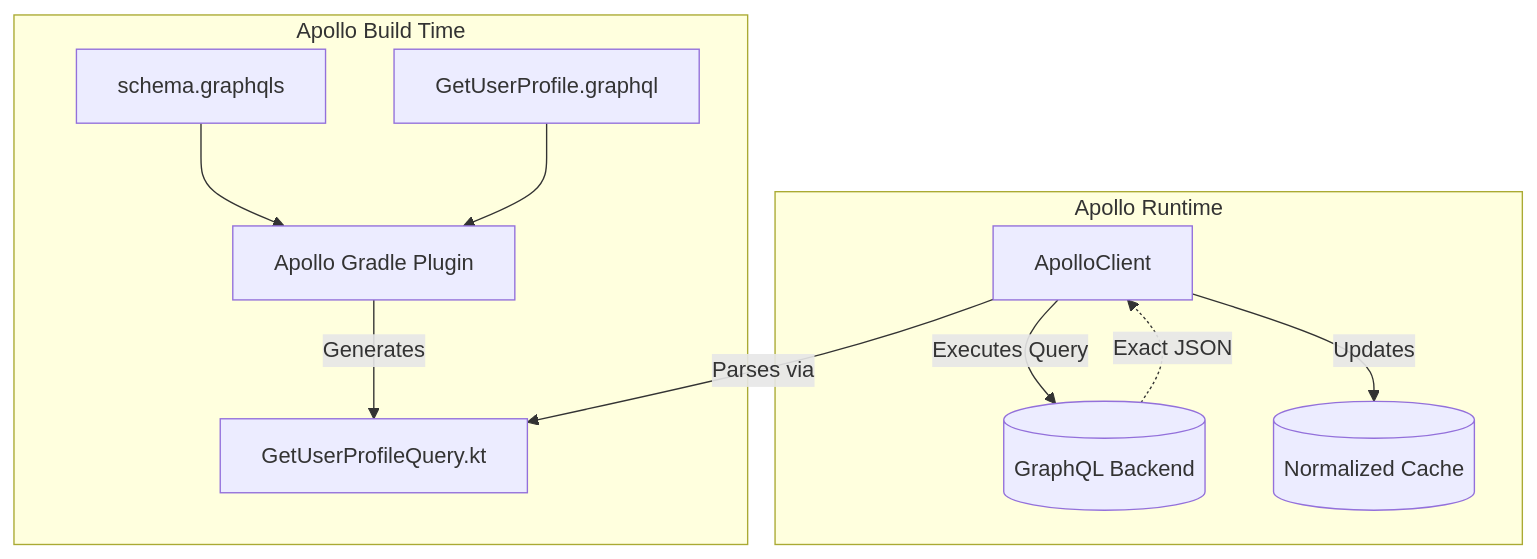
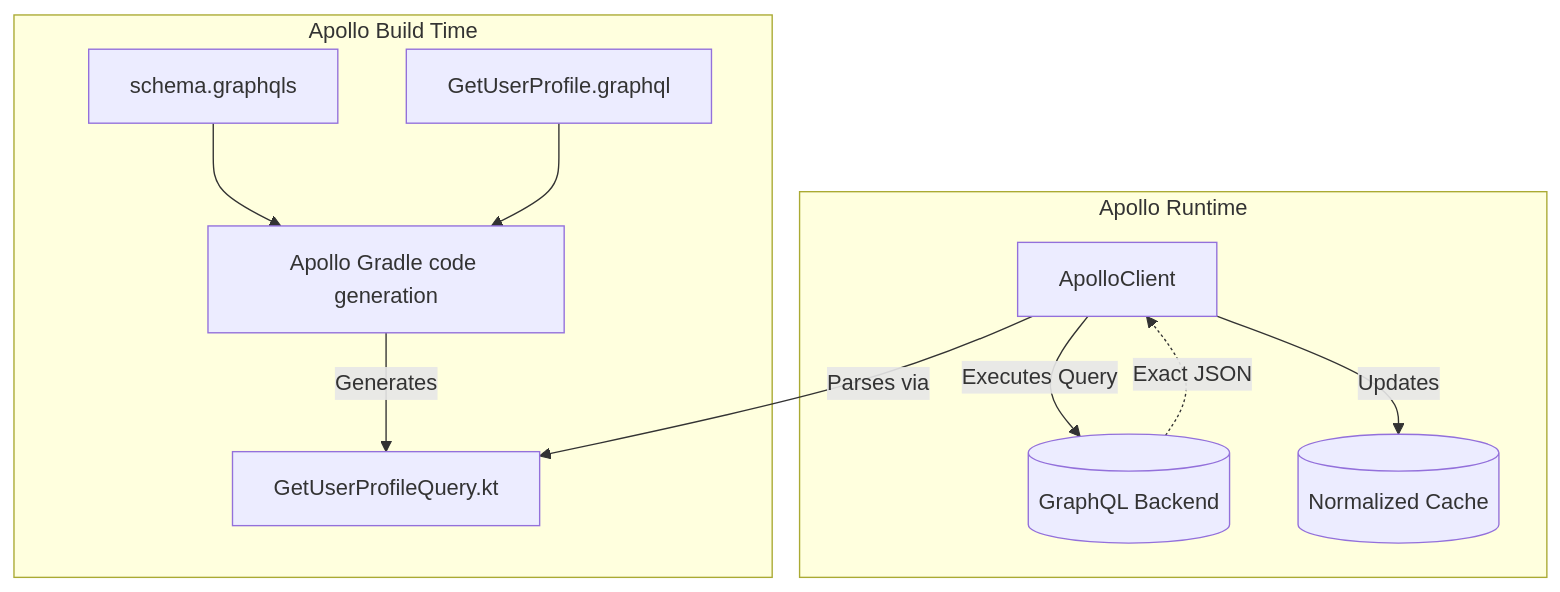
Before and after one commit to swarnsingh/android-staff-engineer-playbook-website: the diagram in android/networking-and-security/graphql.md, drawn with Mermaid. The commit also changed other lines of this file and 11 other files, not shown here.

````diff
--- a/android/networking-and-security/graphql.md
+++ b/android/networking-and-security/graphql.md
@@ -84,15 +84,15 @@
 ```mermaid
 graph TD
     subgraph "Apollo Build Time"
-        Schema[schema.graphqls] --> KSP[Apollo Gradle Plugin]
-        Query[GetUserProfile.graphql] --> KSP
-        KSP -->|Generates| KT[GetUserProfileQuery.kt]
+        Schema[schema.graphqls] --> Codegen[Apollo Gradle code generation]
+        Query[GetUserProfile.graphql] --> Codegen
+        Codegen -->|Generates| KT[GetUserProfileQuery.kt]
     end
     
     subgraph "Apollo Runtime"
         Client[ApolloClient] -->|Executes Query| Server[(GraphQL Backend)]
         Server -.->|Exact JSON| Client
         Client -->|Parses via| KT
         Client -->|Updates| Cache[(Normalized Cache)]
     end
 ```
````
